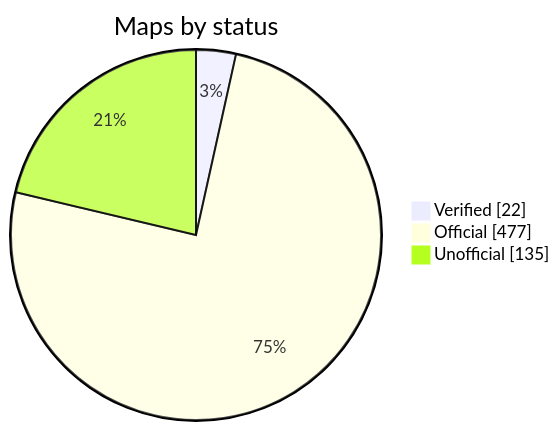
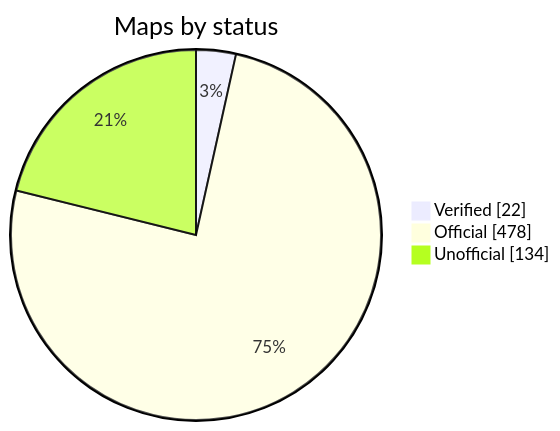
Before and after one commit to nobrega8/mbmap-library: the diagram in README.md, drawn with Mermaid. The commit also changed 6 other files, not shown here.

````diff
--- a/README.md
+++ b/README.md
@@ -52,7 +52,7 @@
 ```mermaid
 pie showData
     title Maps by status
     "Verified" : 22
-    "Official" : 477
-    "Unofficial" : 135
+    "Official" : 478
+    "Unofficial" : 134
 ```
````
